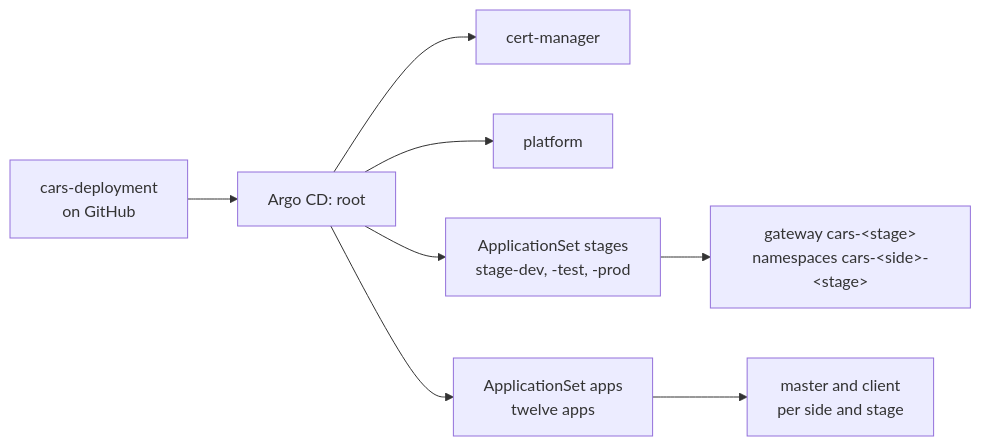
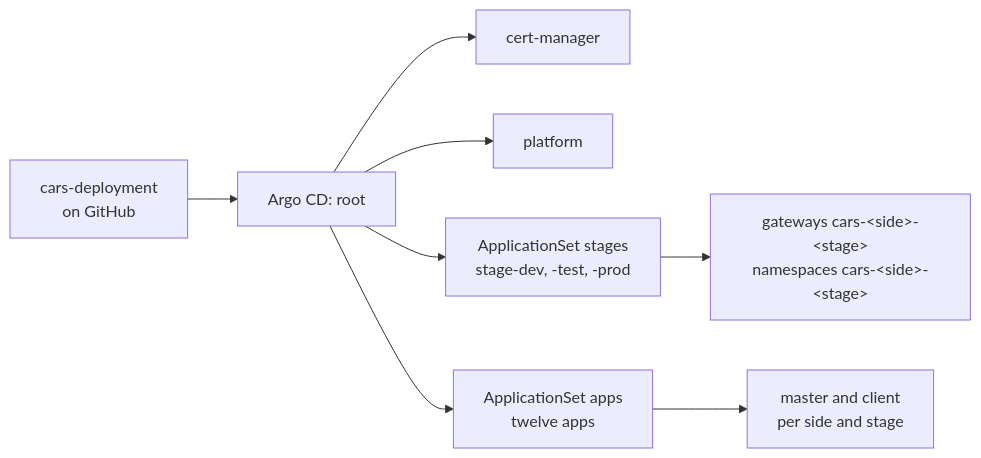
The diagram in README.md (cars-world/cars-deployment), drawn with Mermaid before and after one commit. The commit also changed other lines of this file and 13 other files, not shown here.

First line of the commit message:
Give each side of a stage a gateway and host of its own

````diff
--- a/README.md
+++ b/README.md
@@ -43,10 +43,10 @@
 ```mermaid
 flowchart LR
   git["cars-deployment<br/>on GitHub"] --> root["Argo CD: root"]
   root --> cm["cert-manager"]
   root --> pf["platform"]
   root --> st["ApplicationSet stages<br/>stage-dev, -test, -prod"]
   root --> ap["ApplicationSet apps<br/>twelve apps"]
-  st --> gw["gateway cars-&lt;stage&gt;<br/>namespaces cars-&lt;side&gt;-&lt;stage&gt;"]
+  st --> gw["gateways cars-&lt;side&gt;-&lt;stage&gt;<br/>namespaces cars-&lt;side&gt;-&lt;stage&gt;"]
   ap --> pods["master and client<br/>per side and stage"]
 ```
````
